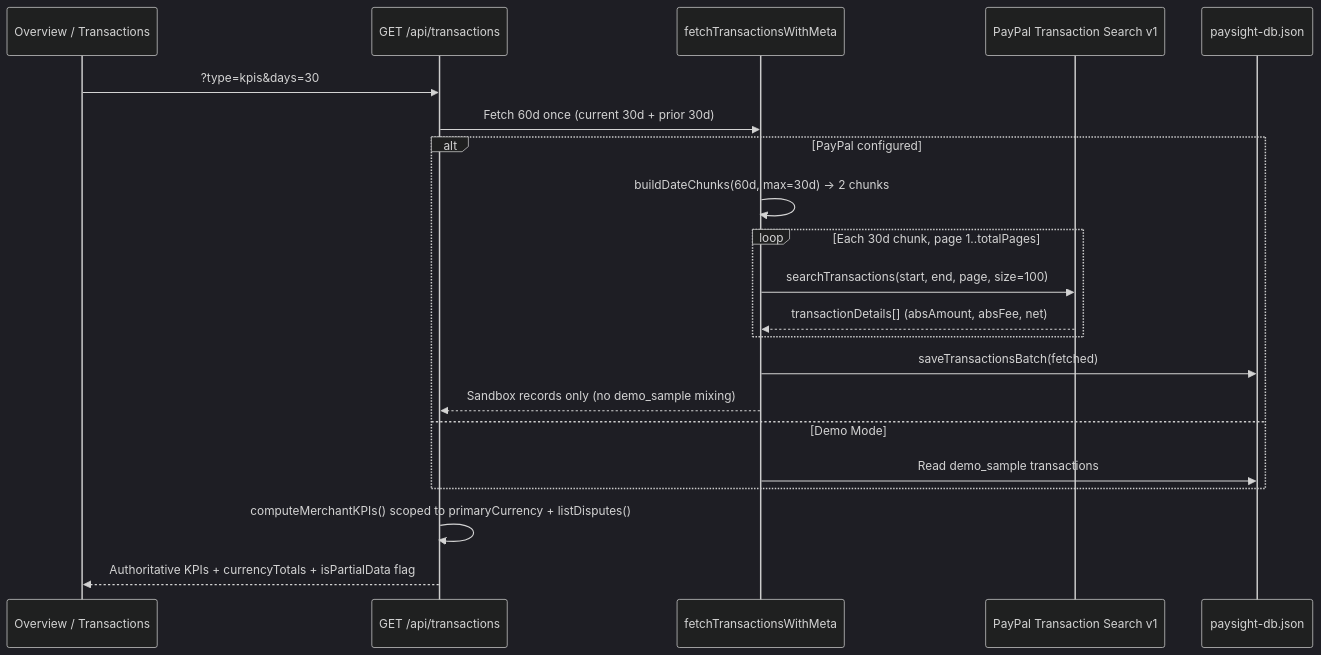
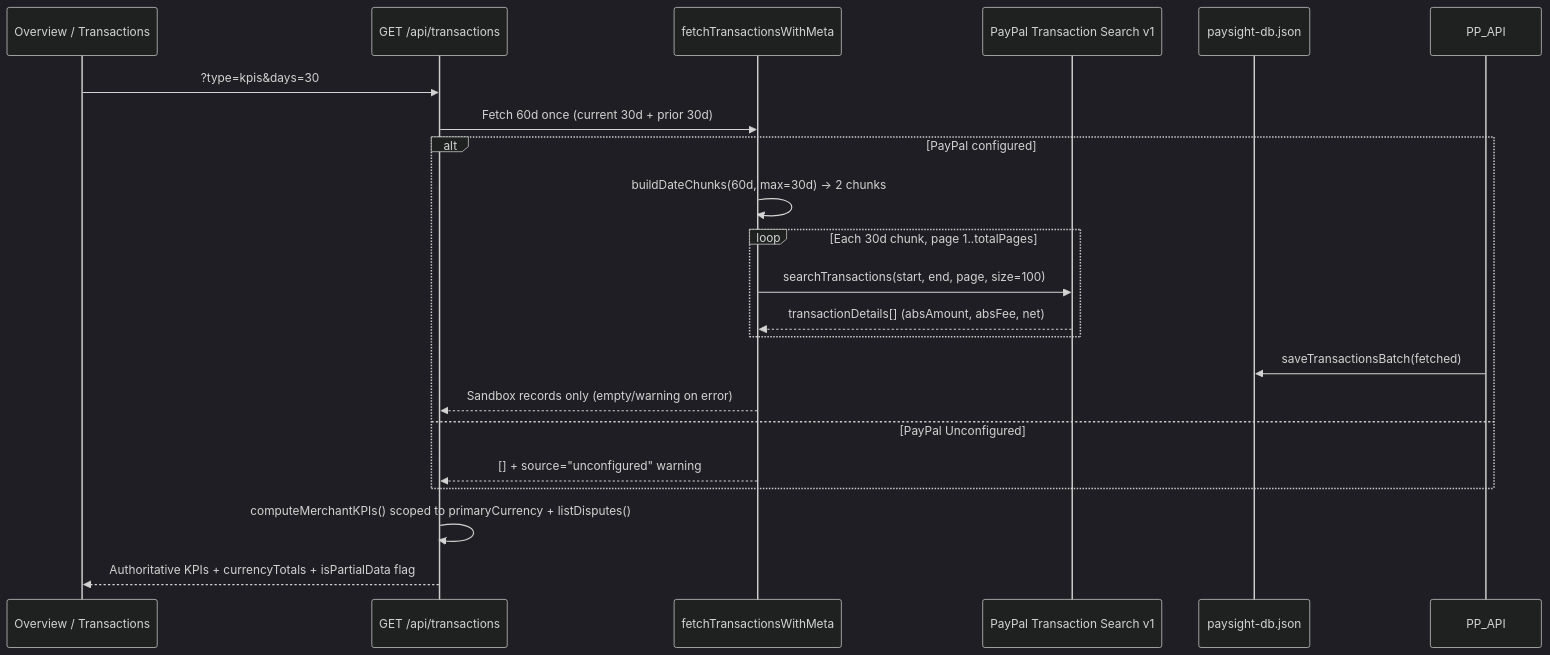
The second of 5 diagrams in ARCHITECTURE.md (yugomania/Paysight), drawn with Mermaid (dark theme) before and after one commit. The commit also changed other lines of this file and 40 other files, not shown here.

Commit message:
refactor: remove all runtime mocks and enforce strict live-only API behavior

````diff
--- a/ARCHITECTURE.md
+++ b/ARCHITECTURE.md
@@ -76,24 +76,24 @@
 ```mermaid
 sequenceDiagram
     participant UI as Overview / Transactions
     participant API as GET /api/transactions
     participant PPAPI as fetchTransactionsWithMeta
     participant PP as PayPal Transaction Search v1
     participant DB as paysight-db.json
 
     UI->>API: ?type=kpis&days=30
     API->>PPAPI: Fetch 60d once (current 30d + prior 30d)
     alt PayPal configured
         PPAPI->>PPAPI: buildDateChunks(60d, max=30d) -> 2 chunks
         loop Each 30d chunk, page 1..totalPages
             PPAPI->>PP: searchTransactions(start, end, page, size=100)
             PP-->>PPAPI: transactionDetails[] (absAmount, absFee, net)
         end
-        PPAPI->>DB: saveTransactionsBatch(fetched)
-        PPAPI-->>API: Sandbox records only (no demo_sample mixing)
-    else Demo Mode
-        PPAPI->>DB: Read demo_sample transactions
+        PP_API->>DB: saveTransactionsBatch(fetched)
+        PPAPI-->>API: Sandbox records only (empty/warning on error)
+    else PayPal Unconfigured
+        PPAPI-->>API: [] + source="unconfigured" warning
     end
     API->>API: computeMerchantKPIs() scoped to primaryCurrency + listDisputes()
     API-->>UI: Authoritative KPIs + currencyTotals + isPartialData flag
 ```
````
